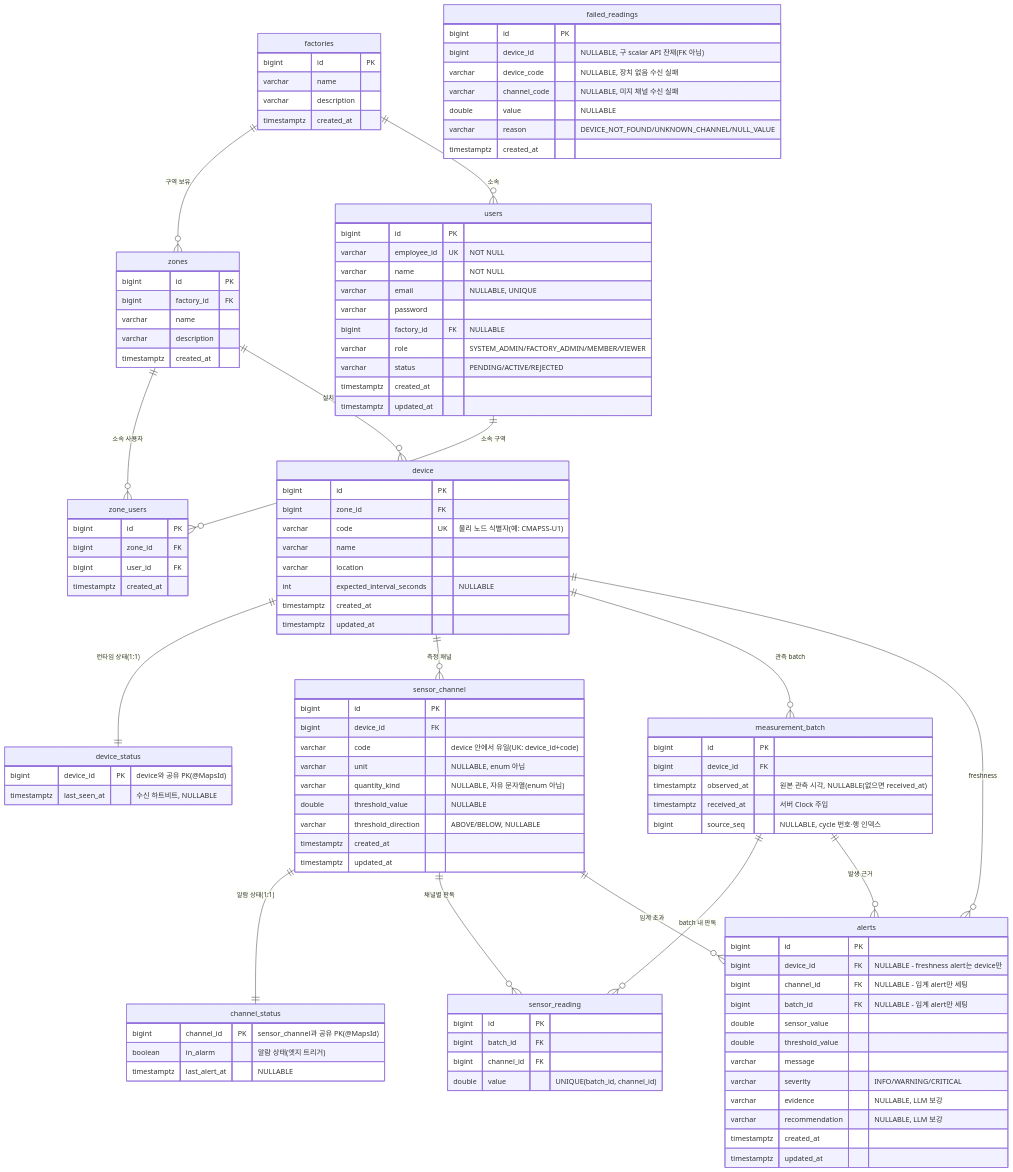
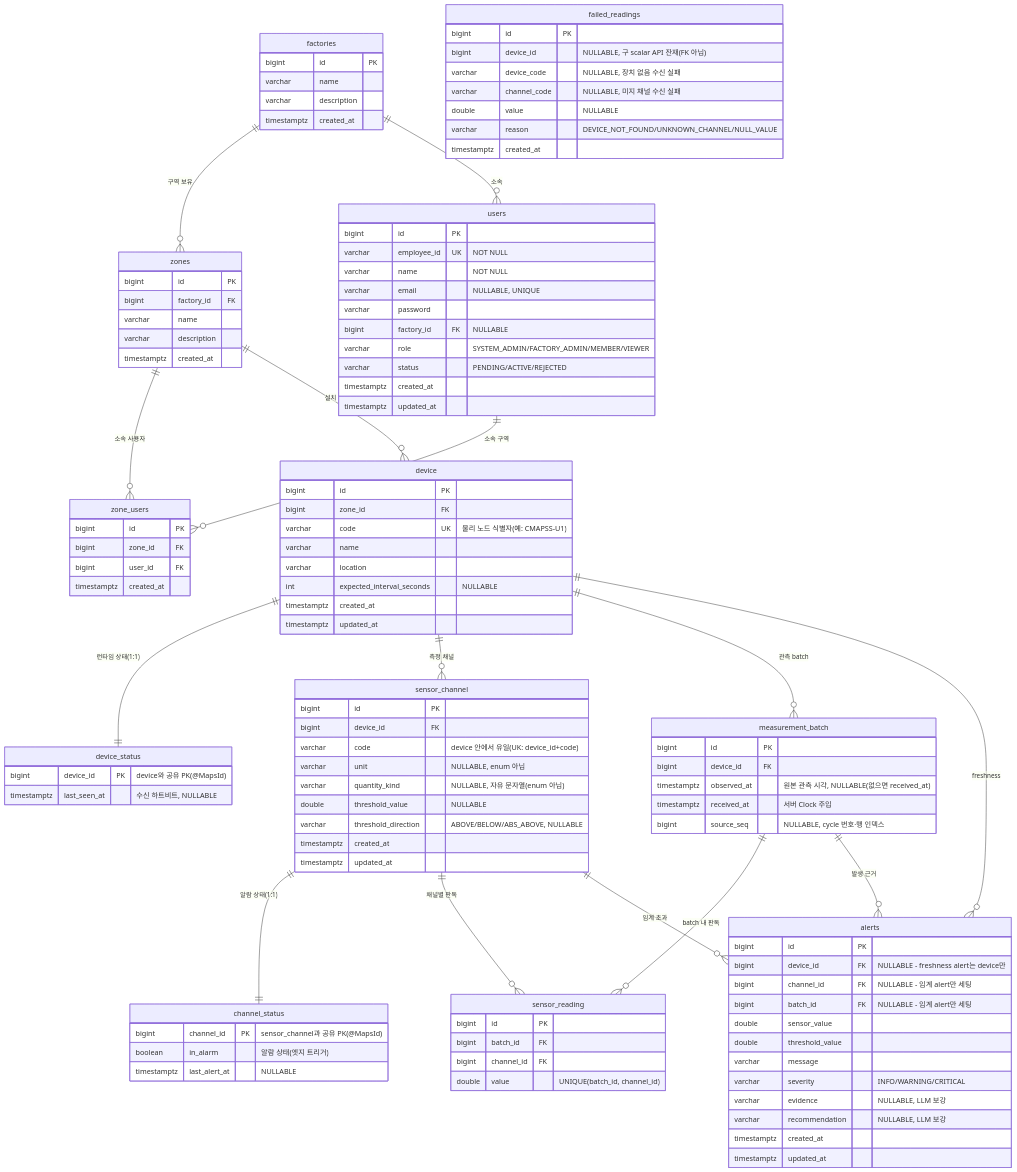
Before and after one commit to YEONJI-P/iot-sensor-platform: the third of 3 diagrams in README.md, drawn with Mermaid. The commit also changed other lines of this file and 3 other files, not shown here.

```diff
--- a/README.md
+++ b/README.md
@@ -180,7 +180,7 @@
         varchar unit "NULLABLE, enum 아님"
         varchar quantity_kind "NULLABLE, 자유 문자열(enum 아님)"
         double threshold_value "NULLABLE"
-        varchar threshold_direction "ABOVE/BELOW, NULLABLE"
+        varchar threshold_direction "ABOVE/BELOW/ABS_ABOVE, NULLABLE"
         timestamptz created_at
         timestamptz updated_at
     }
```
